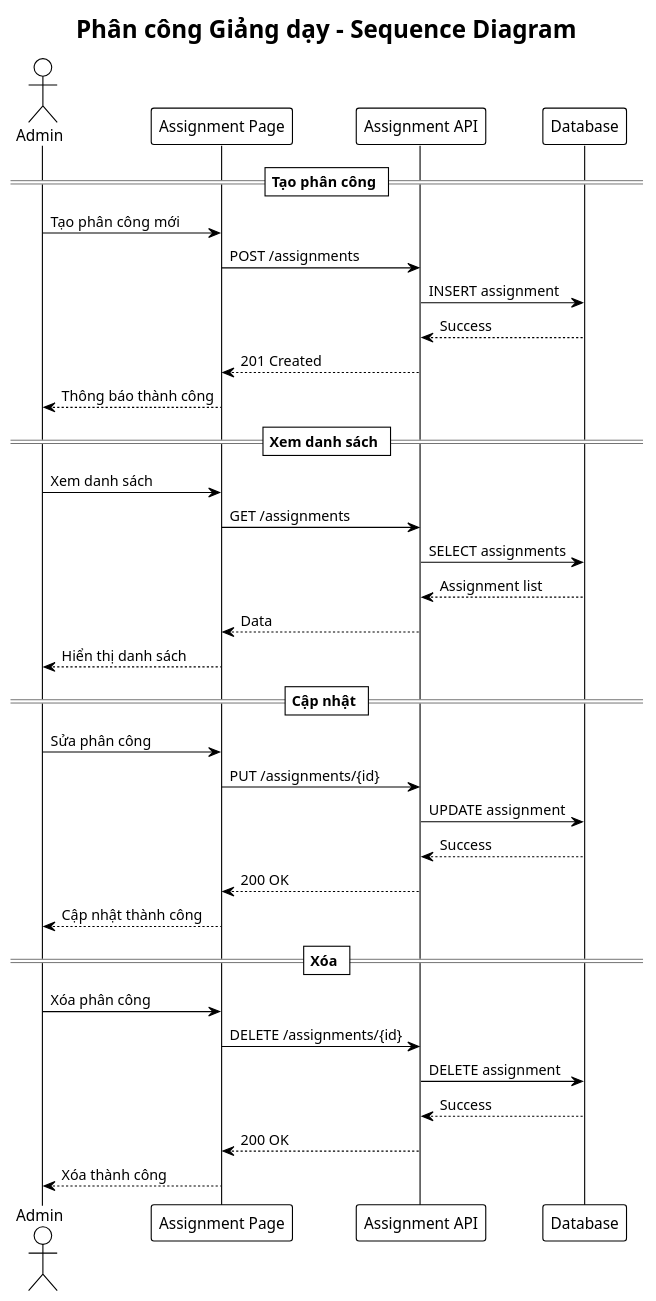
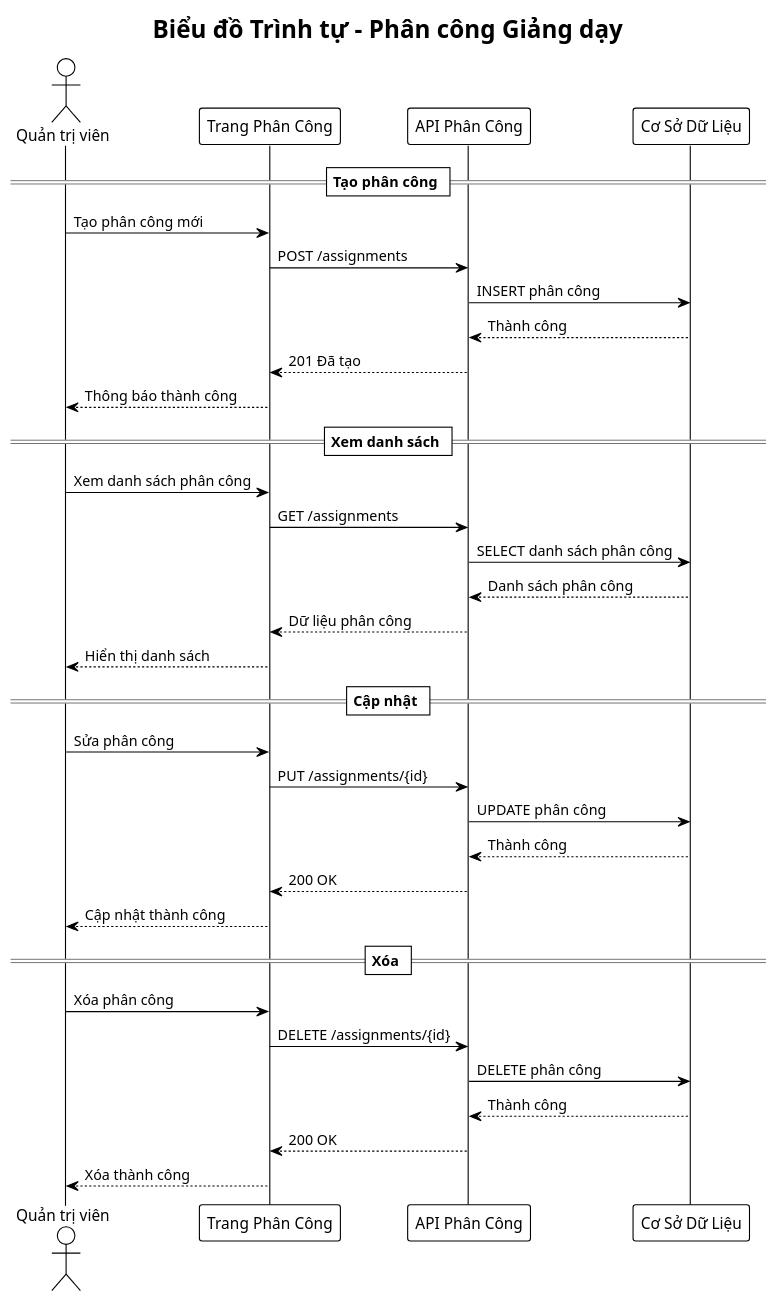
The diagram in Documents/draw/sequence_assignment_simple.puml (koangwithluv/PTTKPM25-26_ClassN05_Nhom3), drawn with PlantUML before and after one commit. The commit also changed 13 other files, not shown here.

Commit message:
thêm biểu đồ gói; sửa ngôn ngữ biểu đồ trình tự, trạng thái

```diff
--- a/Documents/draw/sequence_assignment_simple.puml
+++ b/Documents/draw/sequence_assignment_simple.puml
@@ -1,42 +1,43 @@
 @startuml sequence_assignment_simple
 !theme plain
-title Phân công Giảng dạy - Sequence Diagram
+skinparam defaultFontName "Arial Unicode MS"
+title Biểu đồ Trình tự - Phân công Giảng dạy
 
-actor Admin
-participant "Assignment Page" as Page
-participant "Assignment API" as API
-participant "Database" as DB
+actor QuanTriVien as "Quản trị viên"
+participant TrangPhanCong as "Trang Phân Công"
+participant APIPhanCong as "API Phân Công"
+participant CSDL as "Cơ Sở Dữ Liệu"
 
 == Tạo phân công ==
-Admin -> Page : Tạo phân công mới
-Page -> API : POST /assignments
-API -> DB : INSERT assignment
-DB --> API : Success
-API --> Page : 201 Created
-Page --> Admin : Thông báo thành công
+QuanTriVien -> TrangPhanCong : Tạo phân công mới
+TrangPhanCong -> APIPhanCong : POST /assignments
+APIPhanCong -> CSDL : INSERT phân công
+CSDL --> APIPhanCong : Thành công
+APIPhanCong --> TrangPhanCong : 201 Đã tạo
+TrangPhanCong --> QuanTriVien : Thông báo thành công
 
 == Xem danh sách ==
-Admin -> Page : Xem danh sách
-Page -> API : GET /assignments
-API -> DB : SELECT assignments
-DB --> API : Assignment list
-API --> Page : Data
-Page --> Admin : Hiển thị danh sách
+QuanTriVien -> TrangPhanCong : Xem danh sách phân công
+TrangPhanCong -> APIPhanCong : GET /assignments
+APIPhanCong -> CSDL : SELECT danh sách phân công
+CSDL --> APIPhanCong : Danh sách phân công
+APIPhanCong --> TrangPhanCong : Dữ liệu phân công
+TrangPhanCong --> QuanTriVien : Hiển thị danh sách
 
 == Cập nhật ==
-Admin -> Page : Sửa phân công
-Page -> API : PUT /assignments/{id}
-API -> DB : UPDATE assignment
-DB --> API : Success
-API --> Page : 200 OK
-Page --> Admin : Cập nhật thành công
+QuanTriVien -> TrangPhanCong : Sửa phân công
+TrangPhanCong -> APIPhanCong : PUT /assignments/{id}
+APIPhanCong -> CSDL : UPDATE phân công
+CSDL --> APIPhanCong : Thành công
+APIPhanCong --> TrangPhanCong : 200 OK
+TrangPhanCong --> QuanTriVien : Cập nhật thành công
 
 == Xóa ==
-Admin -> Page : Xóa phân công
-Page -> API : DELETE /assignments/{id}
-API -> DB : DELETE assignment
-DB --> API : Success
-API --> Page : 200 OK
-Page --> Admin : Xóa thành công
+QuanTriVien -> TrangPhanCong : Xóa phân công
+TrangPhanCong -> APIPhanCong : DELETE /assignments/{id}
+APIPhanCong -> CSDL : DELETE phân công
+CSDL --> APIPhanCong : Thành công
+APIPhanCong --> TrangPhanCong : 200 OK
+TrangPhanCong --> QuanTriVien : Xóa thành công
 
 @enduml
```
